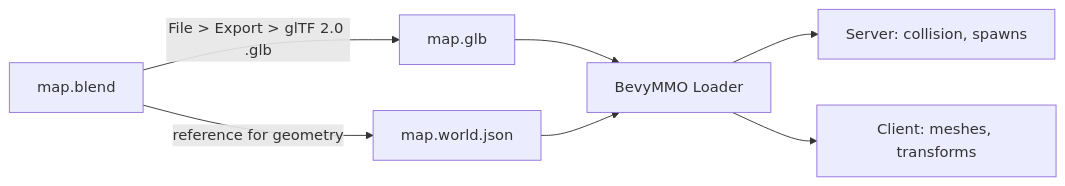
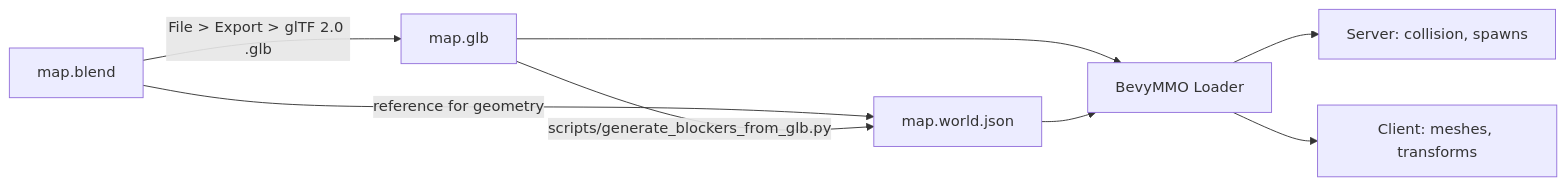
One commit to alessandrobrunoh/BevyMMO changed the diagram in docs/level-designer-guide.md. Above: the diagram before and after it, drawn with Mermaid. The commit also changed other lines of this file and 83 other files, not shown here.

````diff
--- a/docs/level-designer-guide.md
+++ b/docs/level-designer-guide.md
@@ -28,9 +28,10 @@
 ```mermaid
 flowchart LR
     Blend[map.blend] -->|File > Export > glTF 2.0 .glb| Glb[map.glb]
     Blend -->|reference for geometry| Json[map.world.json]
+    Glb -->|scripts/generate_blockers_from_glb.py| Json
     Glb --> Engine[BevyMMO Loader]
     Json --> Engine
     Engine --> Server[Server: collision, spawns]
     Engine --> Client[Client: meshes, transforms]
 ```
````
